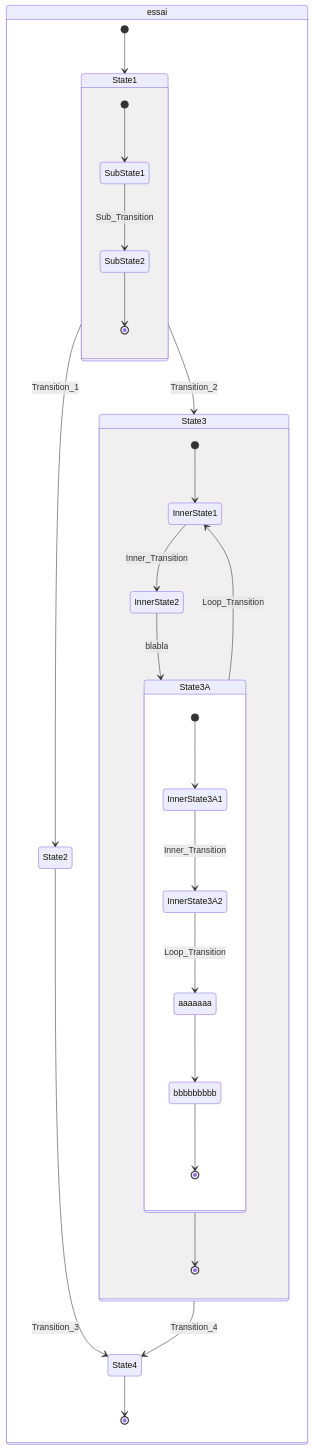
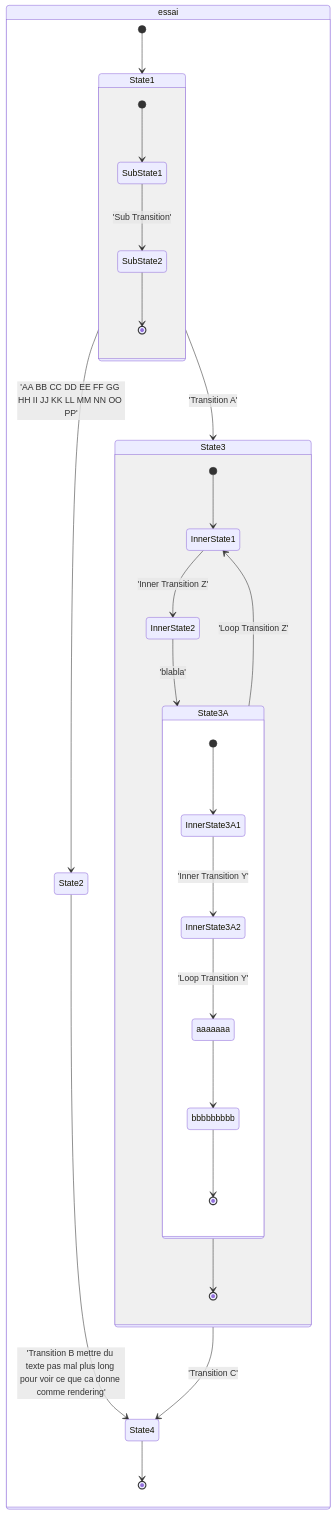
Before and after one commit to pailheres/uml-parser: the second of 3 diagrams in src/test/data/requirement/multiple_reqs.md, drawn with Mermaid. The commit also changed 4 other files, not shown here.

````diff
--- a/src/test/data/requirement/multiple_reqs.md
+++ b/src/test/data/requirement/multiple_reqs.md
@@ -102,33 +102,33 @@
 ``` mermaid
 stateDiagram-v2
     state essai {
         [*] --> State1
-        State1 --> State2 : Transition_1
-        State1 --> State3 : Transition_2
-        State2 --> State4 : Transition_3
-        State3 --> State4 : Transition_4
+        State1 --> State2 : 'AA BB CC DD EE FF GG HH II JJ KK LL MM NN OO PP'
+        State1 --> State3 : 'Transition A'
+        State2 --> State4 : 'Transition B mettre du texte pas mal plus long pour voir ce que ca donne comme rendering'
+        State3 --> State4 : 'Transition C'
         State4 --> [*]
 
         state State1 {
             [*] --> SubState1
-            SubState1 --> SubState2 : Sub_Transition
+            SubState1 --> SubState2 : 'Sub Transition'
             SubState2 --> [*]
         }
 
         state State3 {
             [*] --> InnerState1
-            InnerState1 --> InnerState2 : Inner_Transition
-            InnerState2 --> State3A : blabla
-            State3A --> InnerState1 : Loop_Transition
+            InnerState1 --> InnerState2 : 'Inner Transition Z'
+            InnerState2 --> State3A : 'blabla'
+            State3A --> InnerState1 : 'Loop Transition Z'
             State3A --> [*]
 
             state State3A {
             [*] --> InnerState3A1
-            InnerState3A1 --> InnerState3A2 : Inner_Transition
-            InnerState3A2 --> aaaaaaa : Loop_Transition
+            InnerState3A1 --> InnerState3A2 : 'Inner Transition Y'
+            InnerState3A2 --> aaaaaaa : 'Loop Transition Y'
             aaaaaaa --> bbbbbbbbb
             bbbbbbbbb --> [*]
             }
         }
     }
 ```
````
